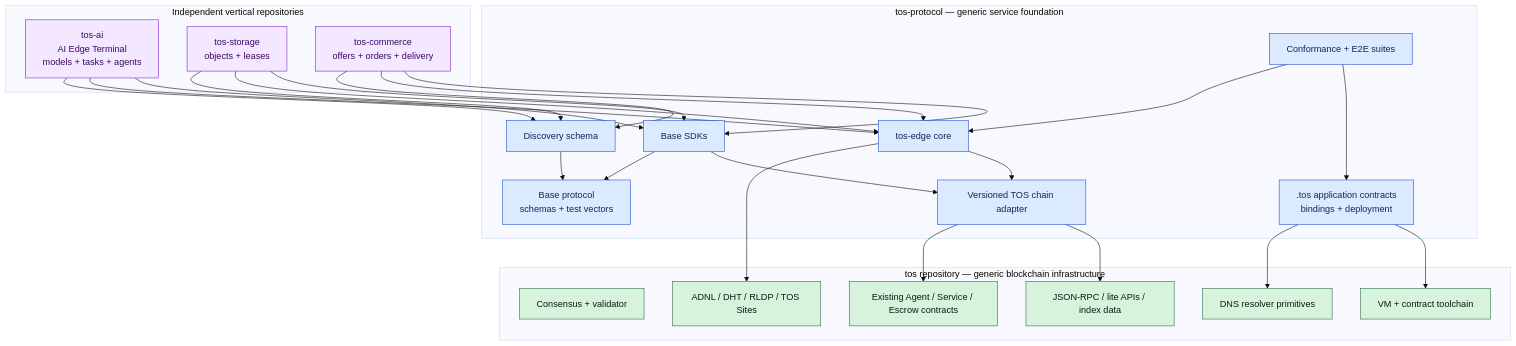
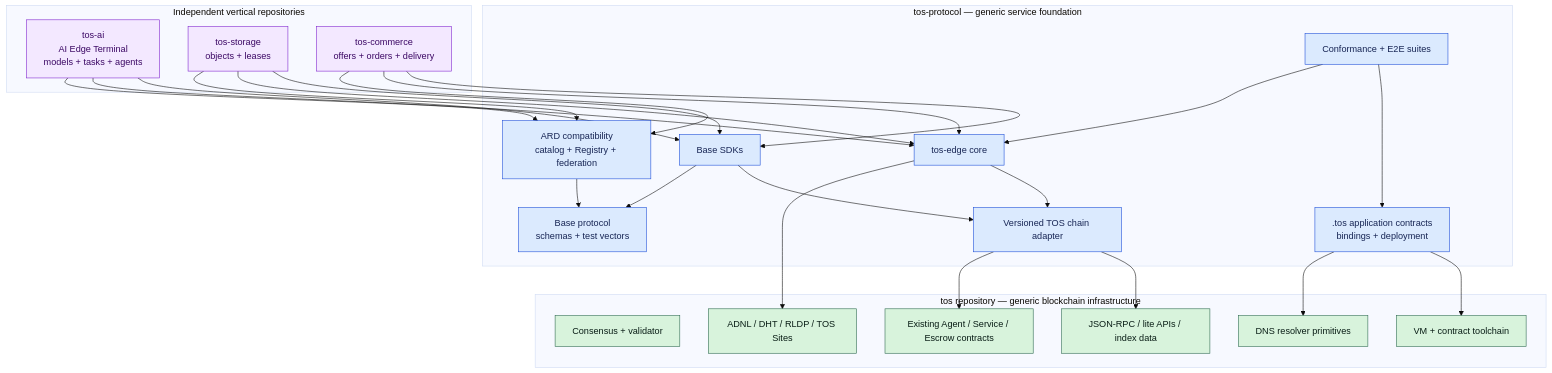
Before and after one commit to tosnetwork/tos: the first of 5 diagrams in doc/the-tos-protocol-implementation-plan.md, drawn with Mermaid (base theme). The commit also changed other lines of this file and 21 other files, not shown here.

First line of the commit message:
feat: add ARD compatibility and Stage B rehearsal

````diff
--- a/doc/the-tos-protocol-implementation-plan.md
+++ b/doc/the-tos-protocol-implementation-plan.md
@@ -117,55 +129,55 @@
 ```mermaid
 flowchart TB
     subgraph Core["tos repository — generic blockchain infrastructure"]
         Validator["Consensus + validator"]
         VM["VM + contract toolchain"]
         ChainAPI["JSON-RPC / lite APIs / index data"]
         CoreDNS["DNS resolver primitives"]
         P2P["ADNL / DHT / RLDP / TOS Sites"]
         ActorABI["Existing Agent / Service / Escrow contracts"]
     end
 
     subgraph Base["tos-protocol — generic service foundation"]
         Spec["Base protocol<br/>schemas + test vectors"]
         Domain[".tos application contracts<br/>bindings + deployment"]
         Adapter["Versioned TOS chain adapter"]
         ProtocolSDK["Base SDKs"]
         EdgeCore["tos-edge core"]
-        DiscoverySchema["Discovery schema"]
+        ARD["ARD compatibility<br/>catalog + Registry + federation"]
         Conformance["Conformance + E2E suites"]
     end
 
     subgraph Profiles["Independent vertical repositories"]
         AI["tos-ai<br/>AI Edge Terminal<br/>models + tasks + agents"]
         Storage["tos-storage<br/>objects + leases"]
         Commerce["tos-commerce<br/>offers + orders + delivery"]
     end
 
     Domain --> VM
     Domain --> CoreDNS
     Adapter --> ChainAPI
     Adapter --> ActorABI
     EdgeCore --> Adapter
     EdgeCore --> P2P
     ProtocolSDK --> Adapter
     ProtocolSDK --> Spec
-    DiscoverySchema --> Spec
+    ARD --> Spec
     Conformance --> Domain
     Conformance --> EdgeCore
     AI --> ProtocolSDK
     AI --> EdgeCore
-    AI --> DiscoverySchema
+    AI --> ARD
     Storage --> ProtocolSDK
     Storage --> EdgeCore
-    Storage --> DiscoverySchema
+    Storage --> ARD
     Commerce --> ProtocolSDK
     Commerce --> EdgeCore
-    Commerce --> DiscoverySchema
+    Commerce --> ARD
 
     classDef core fill:#d8f3dc,stroke:#2d6a4f,color:#081c15;
     classDef base fill:#dbeafe,stroke:#1d4ed8,color:#172554;
     classDef profile fill:#f3e8ff,stroke:#7e22ce,color:#3b0764;
     class Validator,VM,ChainAPI,CoreDNS,P2P,ActorABI core;
-    class Spec,Domain,Adapter,ProtocolSDK,EdgeCore,DiscoverySchema,Conformance base;
+    class Spec,Domain,Adapter,ProtocolSDK,EdgeCore,ARD,Conformance base;
     class AI,Storage,Commerce profile;
 ```
````
